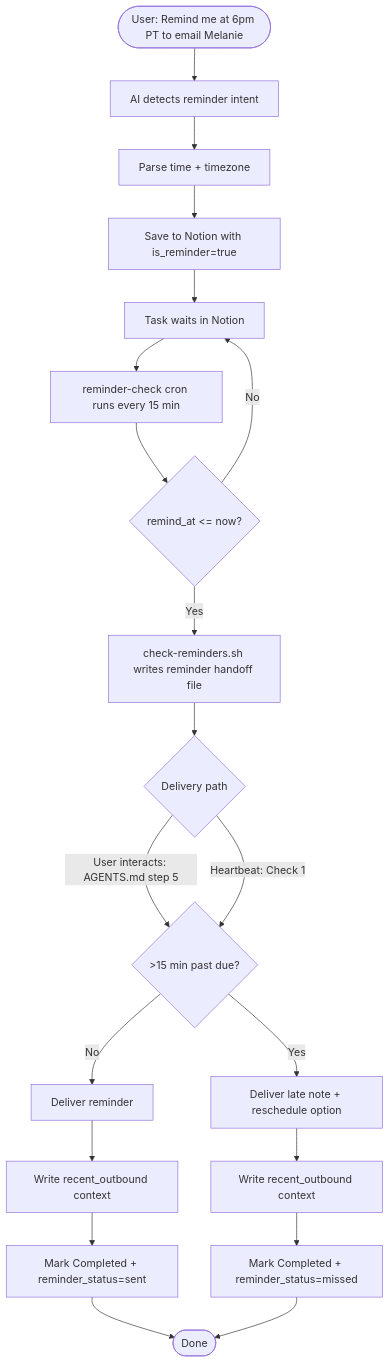
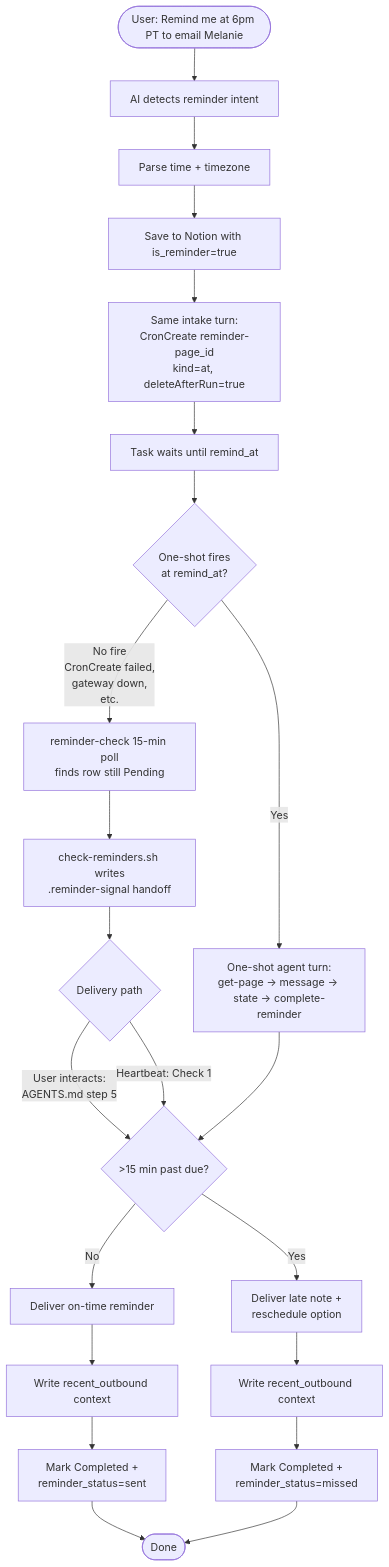
One commit to NickBorgersProbably/hide-my-list changed diagram 28 of 29 in docs/task-lifecycle.md. Above: the diagram before and after it, drawn with Mermaid. The commit also changed other lines of this file and 11 other files, not shown here.

First line of the commit message:
fix(reminders): register one-shot OpenClaw cron at intake to suppress reminder-guard note

````diff
--- a/docs/task-lifecycle.md
+++ b/docs/task-lifecycle.md
@@ -920,26 +920,28 @@
 ```mermaid
 flowchart TD
     Intake([User: Remind me at 6pm PT to email Melanie]) --> Detect[AI detects reminder intent]
     Detect --> Parse[Parse time + timezone]
     Parse --> Save[Save to Notion with is_reminder=true]
+    Save --> RegisterCron[Same intake turn:<br/>CronCreate reminder-page_id<br/>kind=at, deleteAfterRun=true]
+    RegisterCron --> Wait[Task waits until remind_at]
 
-    Save --> Wait[Task waits in Notion]
-    Wait --> Cron[reminder-check cron runs every 15 min]
-    Cron --> Due{remind_at <= now?}
-    Due -->|No| Wait
-    Due -->|Yes| Signal[check-reminders.sh writes reminder handoff file]
-    Signal --> Delivery{Delivery path}
-    Delivery -->|User interacts: AGENTS.md step 5| Late{>15 min past due?}
-    Delivery -->|Heartbeat: Check 1| Late
+    Wait --> OneShot{One-shot fires<br/>at remind_at?}
+    OneShot -->|Yes| OneShotRun[One-shot agent turn:<br/>get-page → message → state → complete-reminder]
+    OneShot -->|No fire<br/>CronCreate failed,<br/>gateway down,<br/>etc.| SafetyNet[reminder-check 15-min poll<br/>finds row still Pending]
+    SafetyNet --> Handoff[check-reminders.sh writes<br/>.reminder-signal handoff]
+    Handoff --> SafetyDeliver{Delivery path}
+    SafetyDeliver -->|User interacts:<br/>AGENTS.md step 5| Late
+    SafetyDeliver -->|Heartbeat: Check 1| Late
 
-    Late -->|No| Send[Deliver reminder]
-    Late -->|Yes| SendMissed[Deliver late note + reschedule option]
+    OneShotRun --> Late{>15 min past due?}
+    Late -->|No| Send[Deliver on-time reminder]
+    Late -->|Yes| SendMissed[Deliver late note +<br/>reschedule option]
 
     Send --> Context[Write recent_outbound context]
     SendMissed --> Context2[Write recent_outbound context]
-    Context --> Complete[Mark Completed + reminder_status=sent]
-    Context2 --> Complete2[Mark Completed + reminder_status=missed]
+    Context --> Complete[Mark Completed +<br/>reminder_status=sent]
+    Context2 --> Complete2[Mark Completed +<br/>reminder_status=missed]
 
     Complete --> Done([Done])
     Complete2 --> Done
 ```
````
